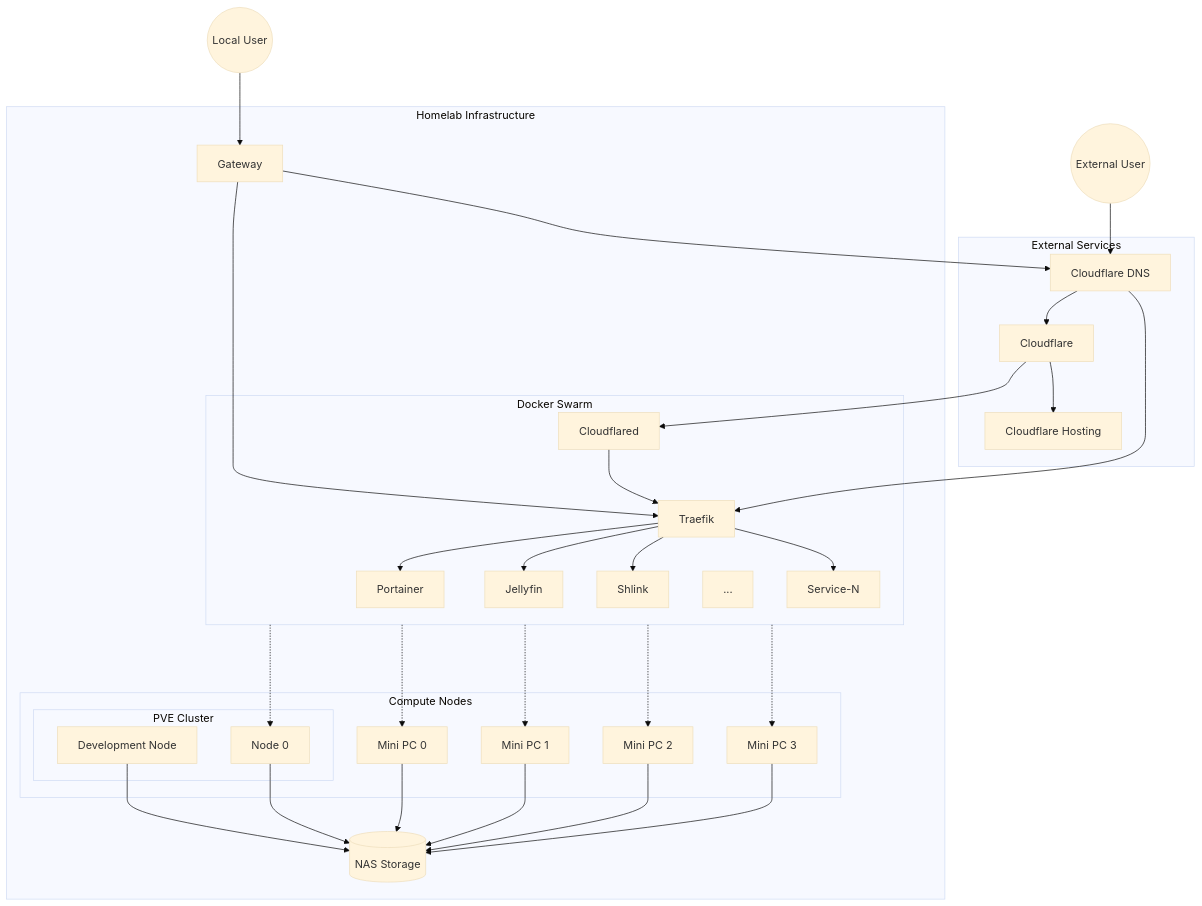
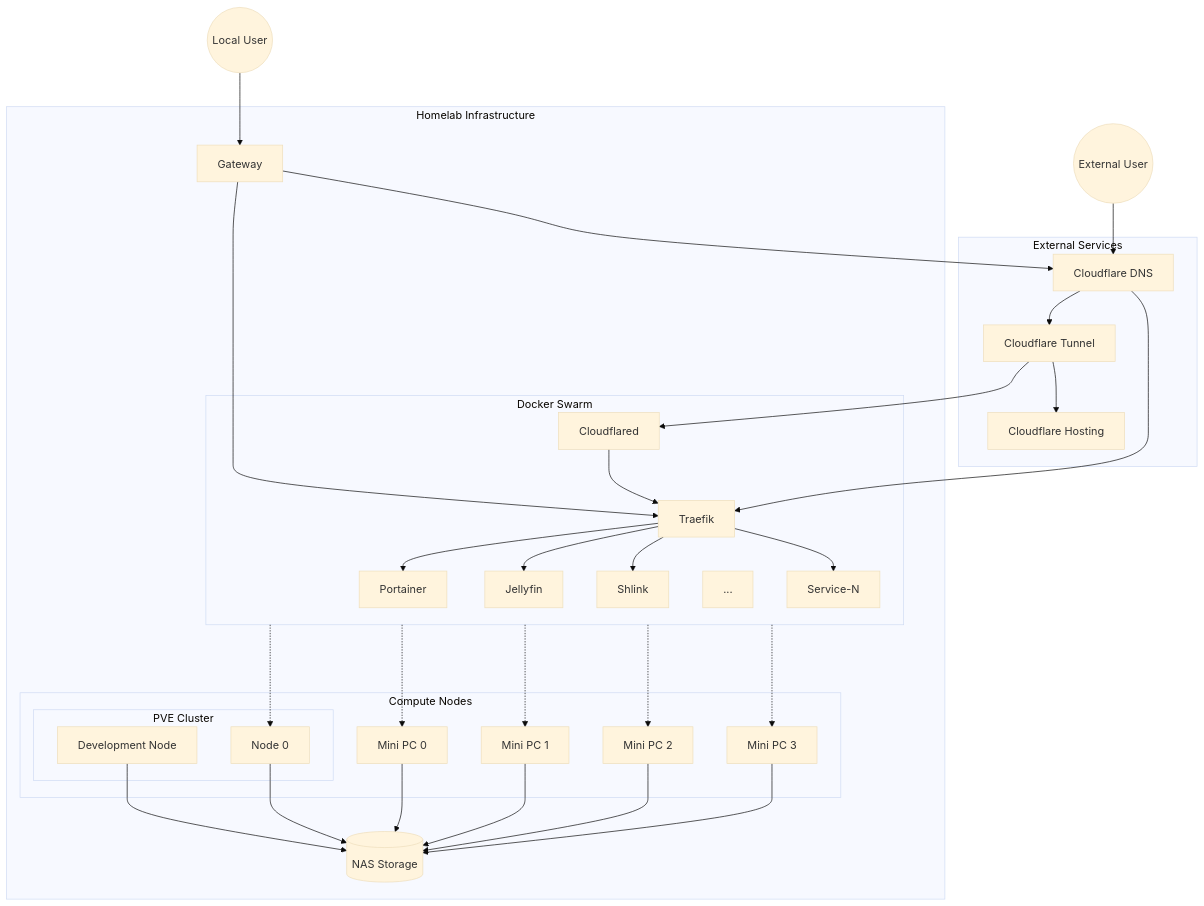
One commit to dbut2/dbut2.github.io changed the second of 2 diagrams in content/blog/homelab-in-review.md. Above: the diagram before and after it, drawn with Mermaid (base theme). The commit also changed other lines of this file, not shown here.

````diff
--- a/content/blog/homelab-in-review.md
+++ b/content/blog/homelab-in-review.md
@@ -73,56 +87,56 @@
 ```mermaid
 flowchart TD
     user((External User))
     local-user((Local User))
 
     subgraph external-services [External Services]
-        cloudflare[Cloudflare]
+        cloudflare[Cloudflare Tunnel]
         cloudflare-hosting[Cloudflare Hosting]
         cloudflare-dns[Cloudflare DNS]
     end
 
     subgraph homelab [Homelab Infrastructure]
         subgraph compute-nodes [Compute Nodes]
             subgraph pve [PVE Cluster]
                 dev[Development Node]
                 node0[Node 0]
             end
 
             tc0[Mini PC 0]
             tc1[Mini PC 1]
             tc2[Mini PC 2]
             tc3[Mini PC 3]
         end
 
         nas[(NAS Storage)]
 
         gateway[Gateway]
 
         subgraph swarm [Docker Swarm]
             service-1[Portainer]
             service-2[Jellyfin]
             service-3[Shlink]
             service-n[...]
             service-4[Service-N]
 
             cloudflared[Cloudflared]
             traefik[Traefik]
         end
     end
 
     local-user --> gateway
     gateway --> cloudflare-dns
     gateway --> traefik
 
     user --> cloudflare-dns
     cloudflare-dns --> cloudflare
     cloudflare --> cloudflared
     cloudflared --> traefik
     cloudflare --> cloudflare-hosting
 
     cloudflare-dns --> traefik
 
     traefik --> service-1 & service-2 & service-3 & service-4
     swarm -..-> node0 & tc0 & tc1 & tc2 & tc3
     dev & node0 & tc0 & tc1 & tc2 & tc3 --> nas
 ```
````
